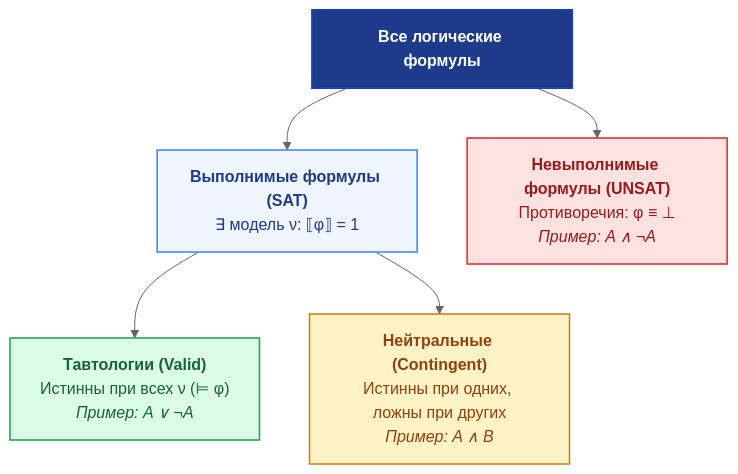
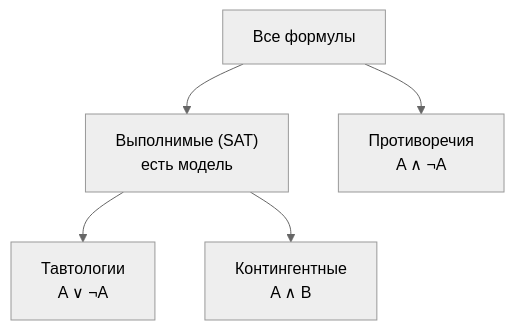
Before and after one commit to Kefirleos/itmo-vault: the diagram in Конспекты/1 семестр/Поток 2/Дискретная математика/09. Лекция - Логика высказываний, тавтологии, КНФ, ДНФ и метод резолюций (2026-11-04).md, drawn with Mermaid (neutral theme). The commit also changed other lines of this file and 15 other files, not shown here.

````diff
--- a/Конспекты/1 семестр/Поток 2/Дискретная математика/09. Лекция - Логика высказываний, тавтологии, КНФ, ДНФ и метод резолюций (2026-11-04).md
+++ b/Конспекты/1 семестр/Поток 2/Дискретная математика/09. Лекция - Логика высказываний, тавтологии, КНФ, ДНФ и метод резолюций (2026-11-04).md
@@ -87,19 +133,12 @@
 ```mermaid
 graph TD
-    Root["<b>Все логические формулы</b>"]
-    SAT["<b>Выполнимые формулы (SAT)</b><br>∃ модель ν: ⟦φ⟧ = 1"]
-    UNSAT["<b>Невыполнимые формулы (UNSAT)</b><br>Противоречия: φ ≡ ⊥<br><i>Пример: A ∧ ¬A</i>"]
-    Taut["<b>Тавтологии (Valid)</b><br>Истинны при всех ν (⊨ φ)<br><i>Пример: A ∨ ¬A</i>"]
-    Neut["<b>Нейтральные (Contingent)</b><br>Истинны при одних, ложны при других<br><i>Пример: A ∧ B</i>"]
-
+    Root["Все формулы"]
+    SAT["Выполнимые (SAT)<br>есть модель"]
+    UNSAT["Противоречия<br>A ∧ ¬A"]
+    Taut["Тавтологии<br>A ∨ ¬A"]
+    Neut["Контингентные<br>A ∧ B"]
     Root --> SAT
     Root --> UNSAT
     SAT --> Taut
     SAT --> Neut
-
-    style Root fill:#1e3a8a,stroke:#1e40af,color:#ffffff,stroke-width:2px
-    style SAT fill:#eff6ff,stroke:#3b82f6,color:#1e3a8a,stroke-width:1.5px
-    style UNSAT fill:#fee2e2,stroke:#dc2626,color:#991b1b,stroke-width:1.5px
-    style Taut fill:#dcfce7,stroke:#16a34a,color:#166534,stroke-width:1.5px
-    style Neut fill:#fef3c7,stroke:#d97706,color:#92400e,stroke-width:1.5px
 ```
````
